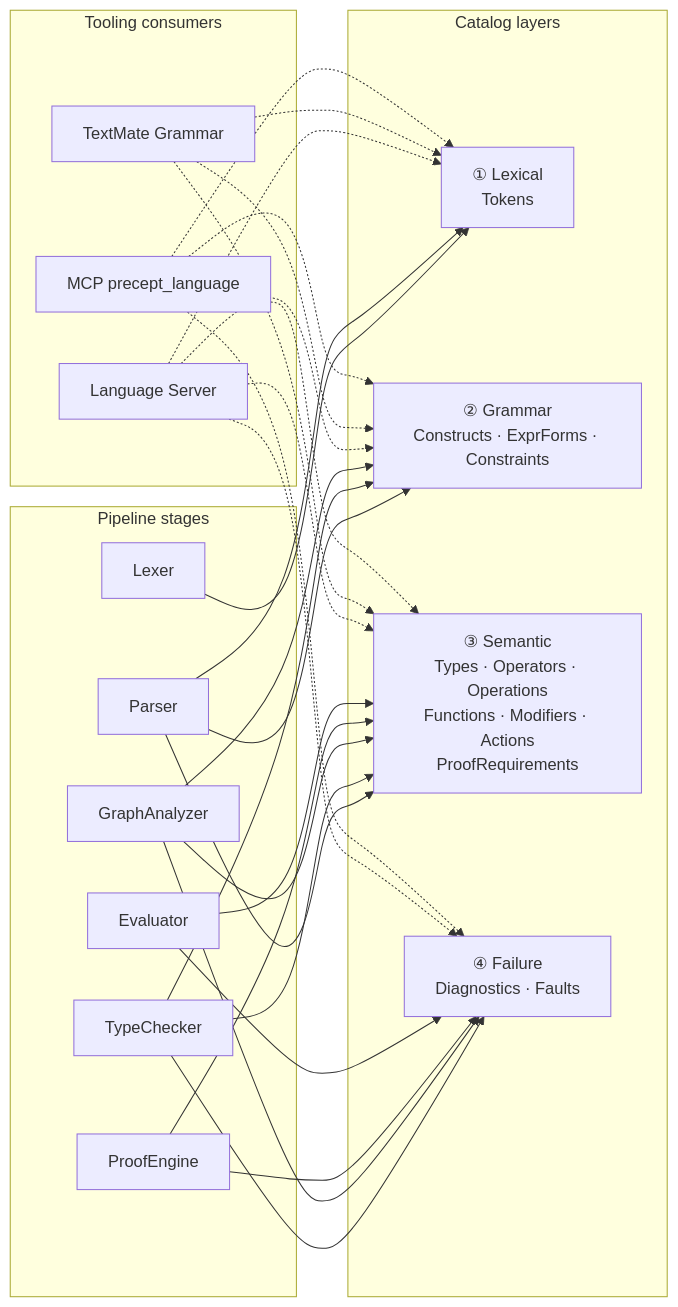
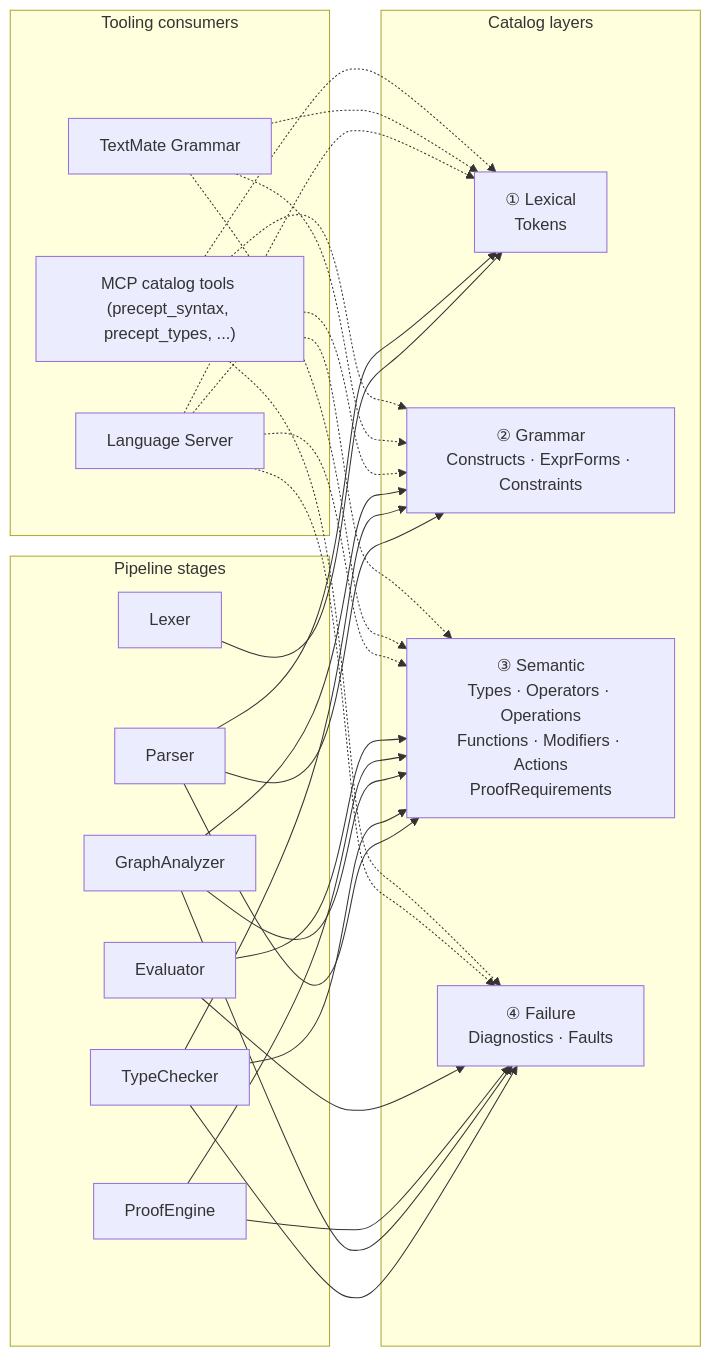
One commit to sfalik/Precept changed the second of 6 diagrams in docs/language/catalog-system.md. Above: the diagram before and after it, drawn with Mermaid. The commit also changed other lines of this file and 8 other files, not shown here.

````diff
--- a/docs/language/catalog-system.md
+++ b/docs/language/catalog-system.md
@@ -328,51 +328,51 @@
 ```mermaid
 flowchart LR
     subgraph Pipeline["Pipeline stages"]
         Lexer
         Parser
         TypeChecker["TypeChecker"]
         GraphAnalyzer["GraphAnalyzer"]
         ProofEngine["ProofEngine"]
         Evaluator
     end
 
     subgraph Layers["Catalog layers"]
         CL1["① Lexical\nTokens"]
         CL2["② Grammar\nConstructs · ExprForms · Constraints"]
         CL3["③ Semantic\nTypes · Operators · Operations\nFunctions · Modifiers · Actions\nProofRequirements"]
         CL4["④ Failure\nDiagnostics · Faults"]
     end
 
     subgraph Tooling["Tooling consumers"]
         LS["Language Server"]
         Grammar["TextMate Grammar"]
-        MCP["MCP precept_language"]
+        MCP["MCP catalog tools (precept_syntax, precept_types, ...)"]
     end
 
     Lexer         --> CL1
     Parser        --> CL1
     Parser        --> CL2
     Parser        --> CL3
     TypeChecker   --> CL2
     TypeChecker   --> CL3
     TypeChecker   --> CL4
     GraphAnalyzer --> CL2
     GraphAnalyzer --> CL3
     GraphAnalyzer --> CL4
     ProofEngine   --> CL3
     ProofEngine   --> CL4
     Evaluator     --> CL3
     Evaluator     --> CL4
 
     LS      -.-> CL1
     LS      -.-> CL2
     LS      -.-> CL3
     LS      -.-> CL4
     Grammar -.-> CL1
     Grammar -.-> CL2
     Grammar -.-> CL3
     MCP     -.-> CL1
     MCP     -.-> CL2
     MCP     -.-> CL3
     MCP     -.-> CL4
 ```
````
